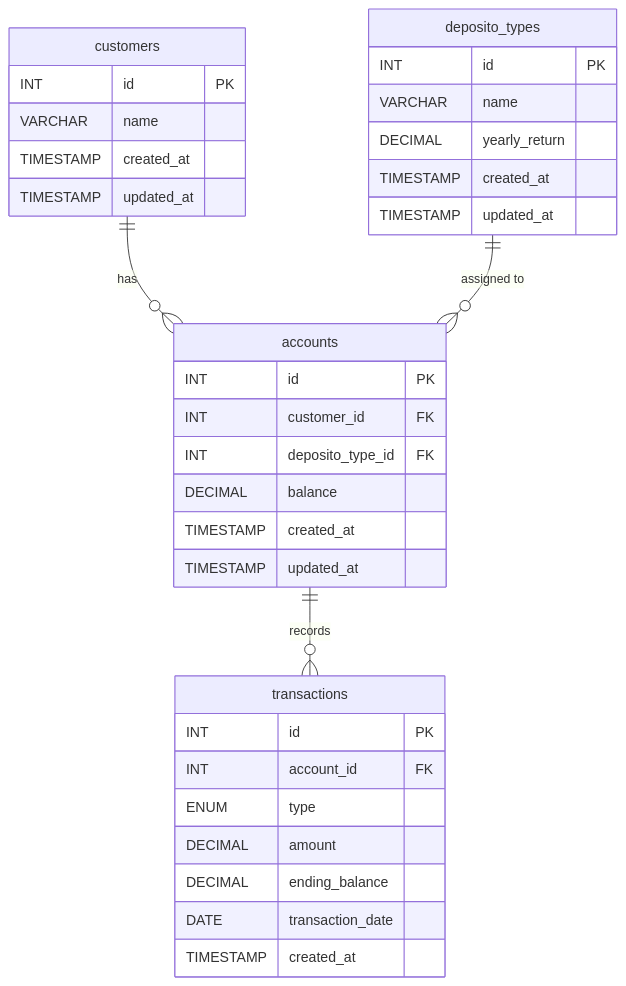
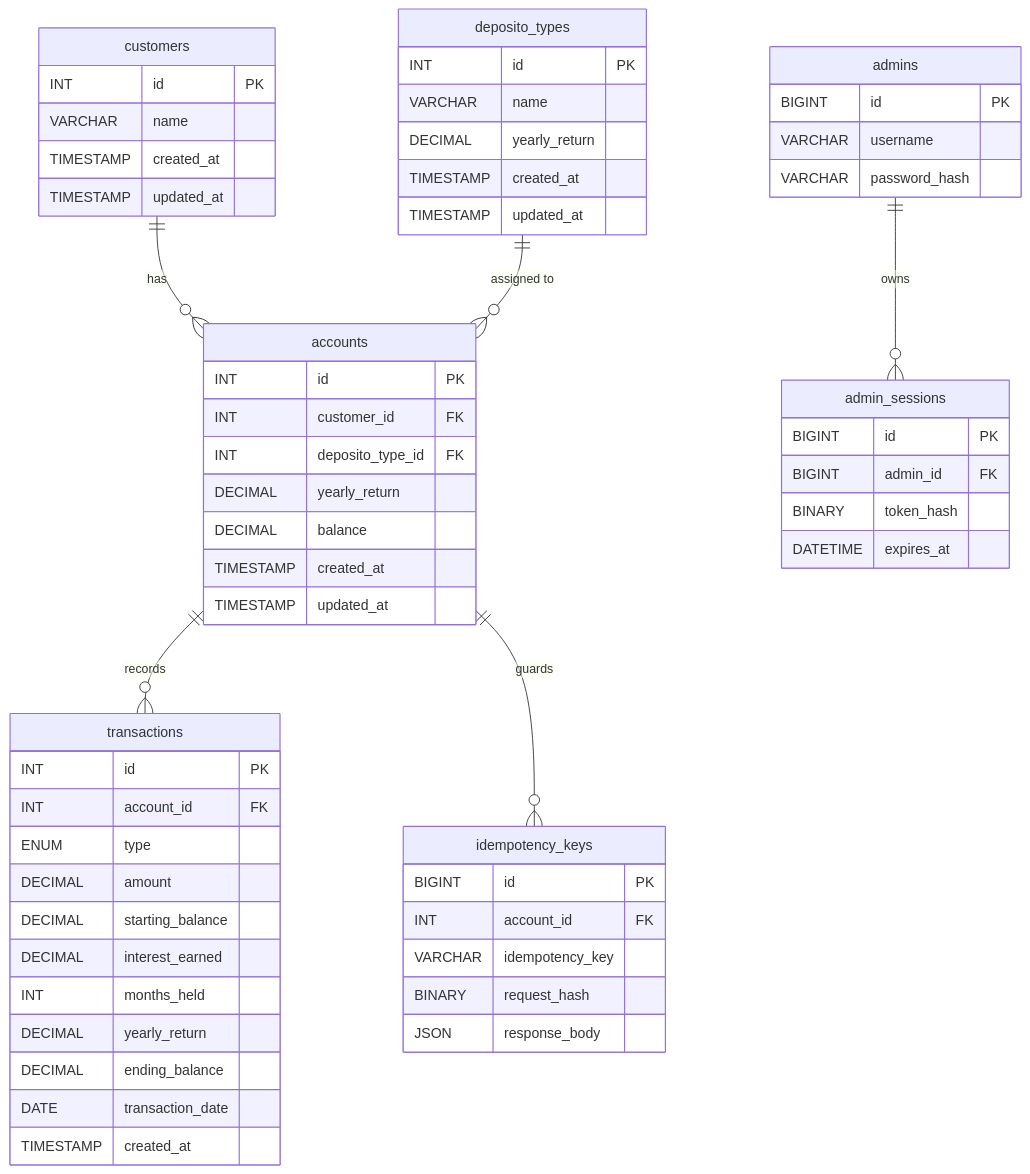
The diagram in docs/ERD.md (chandakapu/bank-saving-system), drawn with Mermaid before and after one commit. The commit also changed 64 other files, not shown here.

````diff
--- a/docs/ERD.md
+++ b/docs/ERD.md
@@ -1,40 +1,68 @@
 ```mermaid
 erDiagram
   customers ||--o{ accounts : "has"
   deposito_types ||--o{ accounts : "assigned to"
   accounts ||--o{ transactions : "records"
+  admins ||--o{ admin_sessions : "owns"
+  accounts ||--o{ idempotency_keys : "guards"
 
   customers {
     INT id PK
     VARCHAR name
     TIMESTAMP created_at
     TIMESTAMP updated_at
   }
 
   deposito_types {
     INT id PK
     VARCHAR name
     DECIMAL yearly_return
     TIMESTAMP created_at
     TIMESTAMP updated_at
   }
 
   accounts {
     INT id PK
     INT customer_id FK
     INT deposito_type_id FK
+    DECIMAL yearly_return
     DECIMAL balance
     TIMESTAMP created_at
     TIMESTAMP updated_at
   }
 
   transactions {
     INT id PK
     INT account_id FK
     ENUM type
     DECIMAL amount
+    DECIMAL starting_balance
+    DECIMAL interest_earned
+    INT months_held
+    DECIMAL yearly_return
     DECIMAL ending_balance
     DATE transaction_date
     TIMESTAMP created_at
   }
+
+  admins {
+    BIGINT id PK
+    VARCHAR username
+    VARCHAR password_hash
+  }
+
+  admin_sessions {
+    BIGINT id PK
+    BIGINT admin_id FK
+    BINARY token_hash
+    DATETIME expires_at
+  }
+
+  idempotency_keys {
+    BIGINT id PK
+    INT account_id FK
+    VARCHAR idempotency_key
+    BINARY request_hash
+    JSON response_body
+  }
 ```
````
